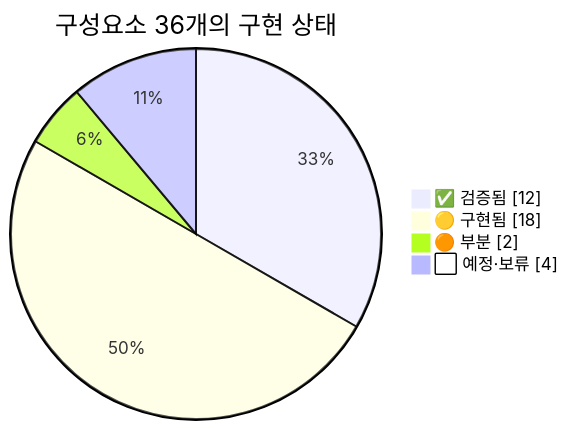
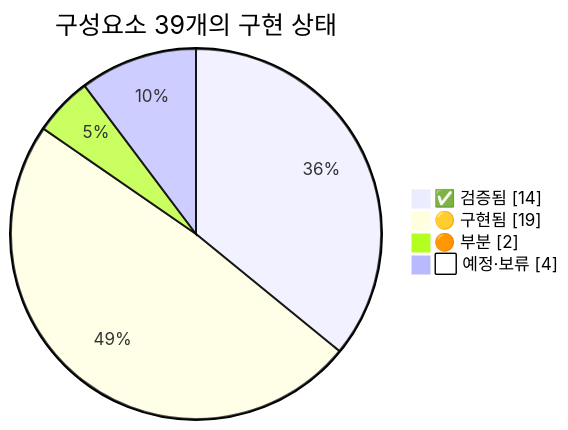
One commit to Youngmin17/TriCast changed the fifth of 6 diagrams in docs/SPEC.md. Above: the diagram before and after it, drawn with Mermaid. The commit also changed other lines of this file and 28 other files, not shown here.

````diff
--- a/docs/SPEC.md
+++ b/docs/SPEC.md
@@ -528,8 +536,8 @@
 ```mermaid
 pie showData
-    title 구성요소 36개의 구현 상태
-    "✅ 검증됨" : 12
-    "🟡 구현됨" : 18
+    title 구성요소 39개의 구현 상태
+    "✅ 검증됨" : 14
+    "🟡 구현됨" : 19
     "🟠 부분" : 2
     "⬜ 예정·보류" : 4
 ```
````
